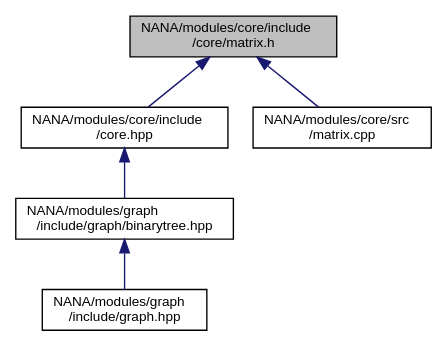
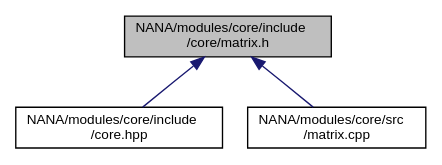
The diagram in docs/matrix_8h__dep__incl.dot (YuruTu/NANA), drawn with Graphviz before and after one commit. The commit also changed 80 other files, not shown here.

```diff
--- a/docs/matrix_8h__dep__incl.dot
+++ b/docs/matrix_8h__dep__incl.dot
@@ -1,15 +1,11 @@
 digraph "NANA/modules/core/include/core/matrix.h"
 {
  // LATEX_PDF_SIZE
   edge [fontname="Helvetica",fontsize="10",labelfontname="Helvetica",labelfontsize="10"];
   node [fontname="Helvetica",fontsize="10",shape=record];
   Node1 [label="NANA/modules/core/include\l/core/matrix.h",height=0.2,width=0.4,color="black", fillcolor="grey75", style="filled", fontcolor="black",tooltip="1.简单矩阵类Matrix(效率不高，但易于理解，很多时候会触发复制构造函数)，不同于Mat 2.SpareMatrix 稀疏矩阵 3.CMatrix 复数矩阵"];
   Node1 -> Node2 [dir="back",color="midnightblue",fontsize="10",style="solid",fontname="Helvetica"];
   Node2 [label="NANA/modules/core/include\l/core.hpp",height=0.2,width=0.4,color="black", fillcolor="white", style="filled",URL="$core_8hpp.html",tooltip="包含基本的数据结构等"];
-  Node2 -> Node3 [dir="back",color="midnightblue",fontsize="10",style="solid",fontname="Helvetica"];
-  Node3 [label="NANA/modules/graph\l/include/graph/binarytree.hpp",height=0.2,width=0.4,color="black", fillcolor="white", style="filled",URL="$binarytree_8hpp.html",tooltip="实现二叉树的模板"];
-  Node3 -> Node4 [dir="back",color="midnightblue",fontsize="10",style="solid",fontname="Helvetica"];
-  Node4 [label="NANA/modules/graph\l/include/graph.hpp",height=0.2,width=0.4,color="black", fillcolor="white", style="filled",URL="$graph_8hpp.html",tooltip="实现图论相关算法"];
-  Node1 -> Node5 [dir="back",color="midnightblue",fontsize="10",style="solid",fontname="Helvetica"];
-  Node5 [label="NANA/modules/core/src\l/matrix.cpp",height=0.2,width=0.4,color="black", fillcolor="white", style="filled",URL="$matrix_8cpp.html",tooltip="简单矩阵类的实现"];
+  Node1 -> Node3 [dir="back",color="midnightblue",fontsize="10",style="solid",fontname="Helvetica"];
+  Node3 [label="NANA/modules/core/src\l/matrix.cpp",height=0.2,width=0.4,color="black", fillcolor="white", style="filled",URL="$matrix_8cpp.html",tooltip="简单矩阵类的实现"];
 }
```
